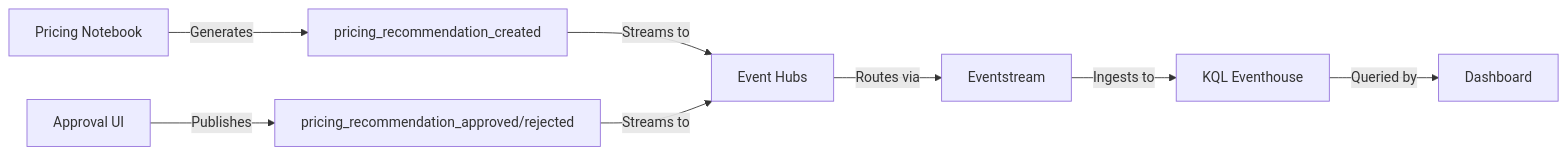
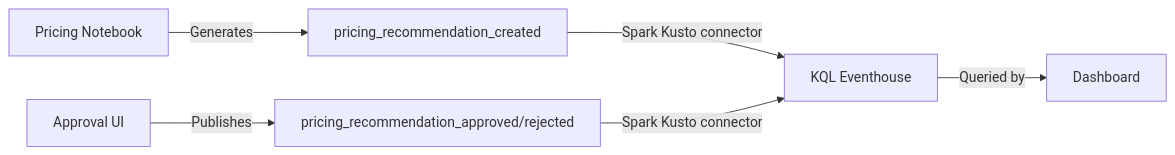
Before and after one commit to amattas/retail-demo: the diagram in fabric/dashboards/PRICING_APPROVAL_DASHBOARD.md, drawn with Mermaid. The commit also changed other lines of this file and 91 other files, not shown here.

````diff
--- a/fabric/dashboards/PRICING_APPROVAL_DASHBOARD.md
+++ b/fabric/dashboards/PRICING_APPROVAL_DASHBOARD.md
@@ -346,10 +347,8 @@
 ```mermaid
 graph LR
     A[Pricing Notebook] -->|Generates| B[pricing_recommendation_created]
-    B -->|Streams to| C[Event Hubs]
-    C -->|Routes via| D[Eventstream]
-    D -->|Ingests to| E[KQL Eventhouse]
+    B -->|Spark Kusto connector| E[KQL Eventhouse]
     E -->|Queried by| F[Dashboard]
     G[Approval UI] -->|Publishes| H[pricing_recommendation_approved/rejected]
-    H -->|Streams to| C
+    H -->|Spark Kusto connector| E
 ```
````
